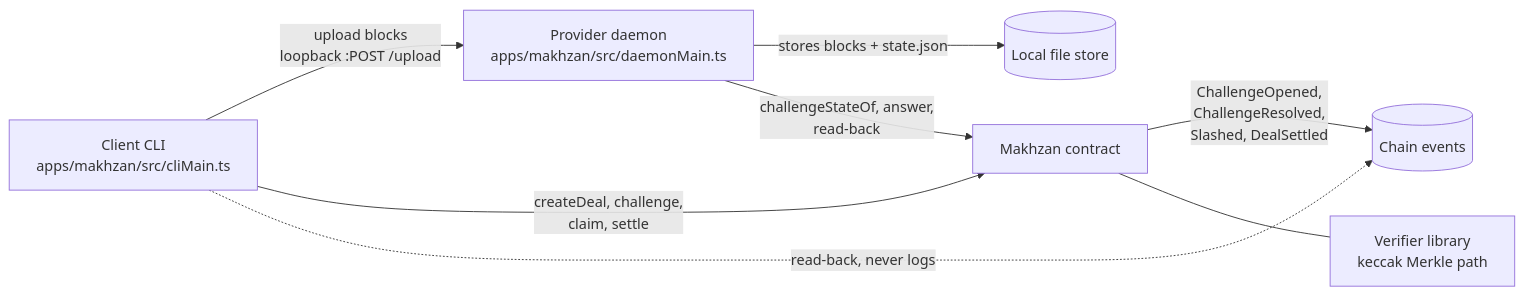
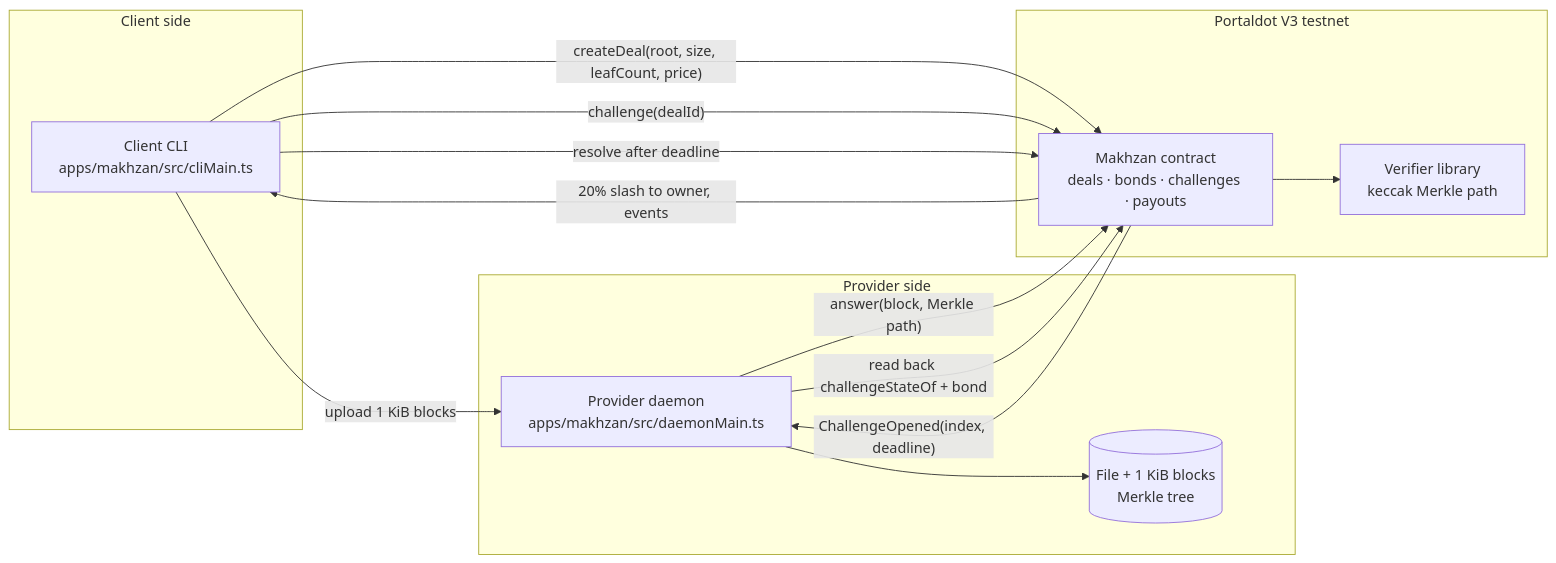
Before and after one commit to MohammedSoliman10/portaldot-hackathon-2026-makhzan-soliman: the diagram in README.md, drawn with Mermaid. The commit also changed other lines of this file and 2 other files, not shown here.

Commit message:
docs(tier1): write the check-in README, architecture and form answers [ai]

````diff
--- a/README.md
+++ b/README.md
@@ -63,10 +96,25 @@
 ```mermaid
 flowchart LR
-  A[Client CLI<br/>apps/makhzan/src/cliMain.ts] -->|upload blocks<br/>loopback :POST /upload| B[Provider daemon<br/>apps/makhzan/src/daemonMain.ts]
-  B -->|stores blocks + state.json| S[(Local file store)]
-  A -->|createDeal, challenge,<br/>claim, settle| C[Makhzan contract]
-  B -->|challengeStateOf, answer,<br/>read-back| C
-  C -->|ChallengeOpened,<br/>ChallengeResolved,<br/>Slashed, DealSettled| CH[(Chain events)]
-  C --- V[Verifier library<br/>keccak Merkle path]
-  A -.->|read-back, never logs| CH
+  subgraph ClientSide["Client side"]
+    CLI["Client CLI<br/>apps/makhzan/src/cliMain.ts"]
+  end
+  subgraph ProviderSide["Provider side"]
+    DAEMON["Provider daemon<br/>apps/makhzan/src/daemonMain.ts"]
+    STORE[("File + 1 KiB blocks<br/>Merkle tree")]
+  end
+  subgraph Chain["Portaldot V3 testnet"]
+    MAKHZAN["Makhzan contract<br/>deals · bonds · challenges · payouts"]
+    VERIFIER["Verifier library<br/>keccak Merkle path"]
+  end
+
+  CLI -->|"upload 1 KiB blocks"| DAEMON
+  DAEMON --> STORE
+  CLI -->|"createDeal(root, size, leafCount, price)"| MAKHZAN
+  CLI -->|"challenge(dealId)"| MAKHZAN
+  MAKHZAN -->|"ChallengeOpened(index, deadline)"| DAEMON
+  DAEMON -->|"answer(block, Merkle path)"| MAKHZAN
+  MAKHZAN --> VERIFIER
+  CLI -->|"resolve after deadline"| MAKHZAN
+  MAKHZAN -->|"20% slash to owner, events"| CLI
+  DAEMON -->|"read back challengeStateOf + bond"| MAKHZAN
 ```
````
